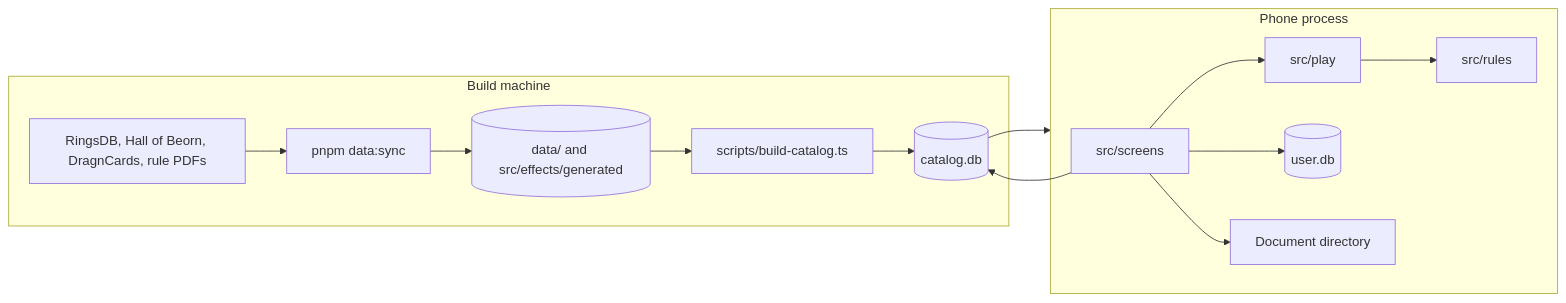
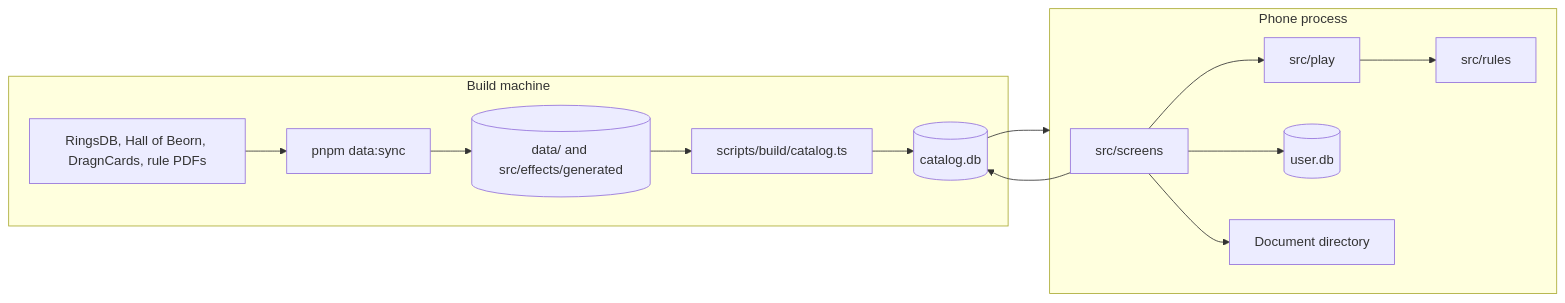
The first of 3 diagrams in docs/architecture.md (j-jmnz/middle-earth-player), drawn with Mermaid before and after one commit. The commit also changed other lines of this file and 448 other files, not shown here.

````diff
--- a/docs/architecture.md
+++ b/docs/architecture.md
@@ -44,24 +44,24 @@
 ```mermaid
 flowchart LR
   subgraph dev [Build machine]
     Sources[RingsDB, Hall of Beorn, DragnCards, rule PDFs]
     Sync[pnpm data:sync]
     Data[(data/ and src/effects/generated)]
-    Script[scripts/build-catalog.ts]
+    Script[scripts/build/catalog.ts]
     Catalog[(catalog.db)]
     Sources --> Sync --> Data
     Data --> Script --> Catalog
   end
   subgraph phone [Phone process]
     Screens[src/screens]
     Play[src/play]
     Rules[src/rules]
     User[(user.db)]
     Images[Document directory]
     Screens --> Play --> Rules
     Screens --> User
     Screens --> Catalog
     Screens --> Images
   end
   Catalog --> phone
 ```
````
